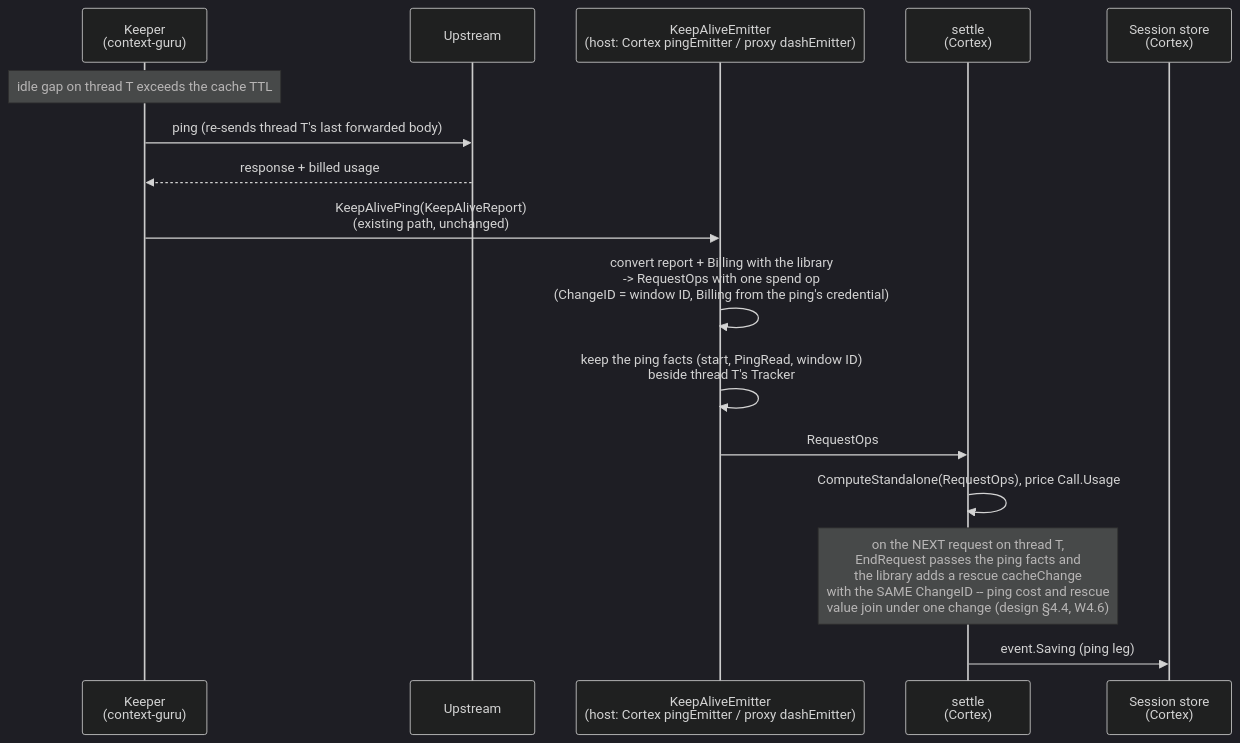
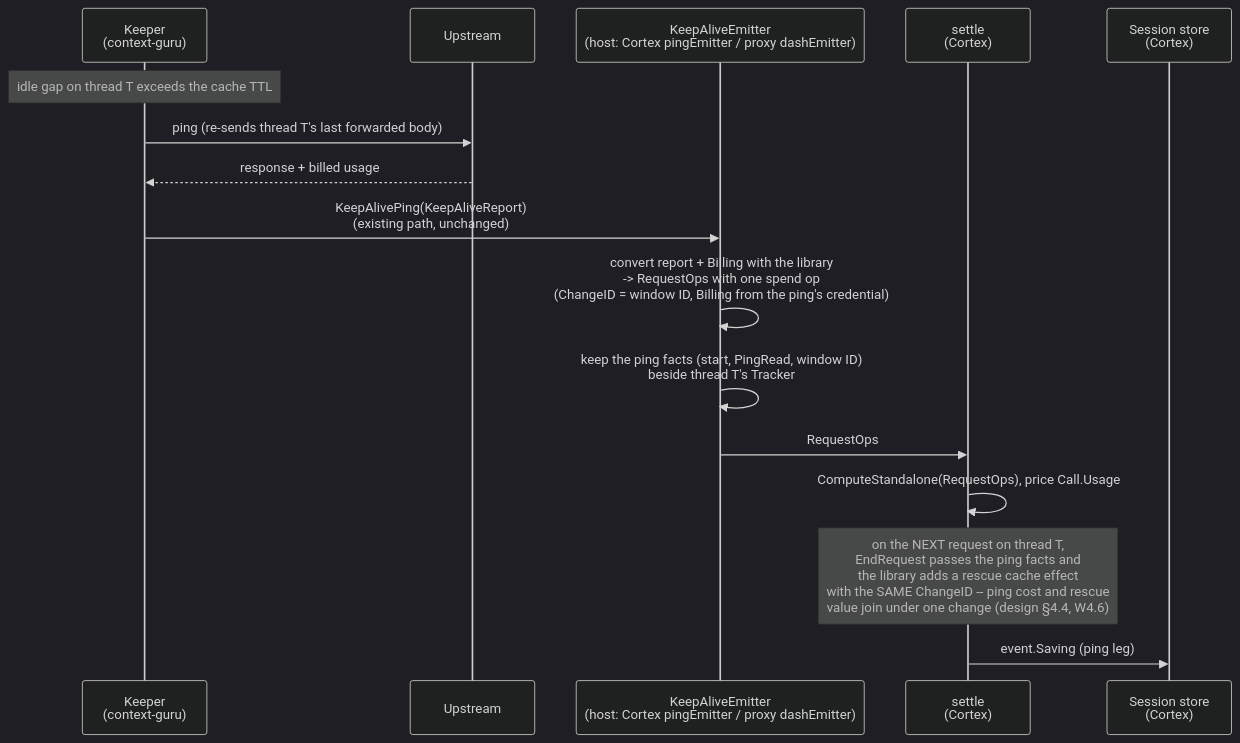
One commit to rossoctl/context-guru changed the third of 3 diagrams in docs/counterfactual/cortex-wiring.md. Above: the diagram before and after it, drawn with Mermaid (dark theme). The commit also changed other lines of this file and 14 other files, not shown here.

````diff
--- a/docs/counterfactual/cortex-wiring.md
+++ b/docs/counterfactual/cortex-wiring.md
@@ -211,19 +211,19 @@
 ```mermaid
 sequenceDiagram
     participant Keeper as Keeper<br/>(context-guru)
     participant Upstream
     participant Emitter as KeepAliveEmitter<br/>(host: Cortex pingEmitter / proxy dashEmitter)
     participant Settle as settle<br/>(Cortex)
     participant Store as Session store<br/>(Cortex)
 
     Note over Keeper: idle gap on thread T exceeds the cache TTL
     Keeper->>Upstream: ping (re-sends thread T's last forwarded body)
     Upstream-->>Keeper: response + billed usage
     Keeper->>Emitter: KeepAlivePing(KeepAliveReport)<br/>(existing path, unchanged)
     Emitter->>Emitter: convert report + Billing with the library<br/>-> RequestOps with one spend op<br/>(ChangeID = window ID, Billing from the ping's credential)
     Emitter->>Emitter: keep the ping facts (start, PingRead, window ID)<br/>beside thread T's Tracker
     Emitter->>Settle: RequestOps
     Settle->>Settle: ComputeStandalone(RequestOps), price Call.Usage
-    Note over Settle: on the NEXT request on thread T,<br/>EndRequest passes the ping facts and<br/>the library adds a rescue cacheChange<br/>with the SAME ChangeID -- ping cost and rescue<br/>value join under one change (design §4.4, W4.6)
+    Note over Settle: on the NEXT request on thread T,<br/>EndRequest passes the ping facts and<br/>the library adds a rescue cache effect<br/>with the SAME ChangeID -- ping cost and rescue<br/>value join under one change (design §4.4, W4.6)
     Settle->>Store: event.Saving (ping leg)
 ```
````
